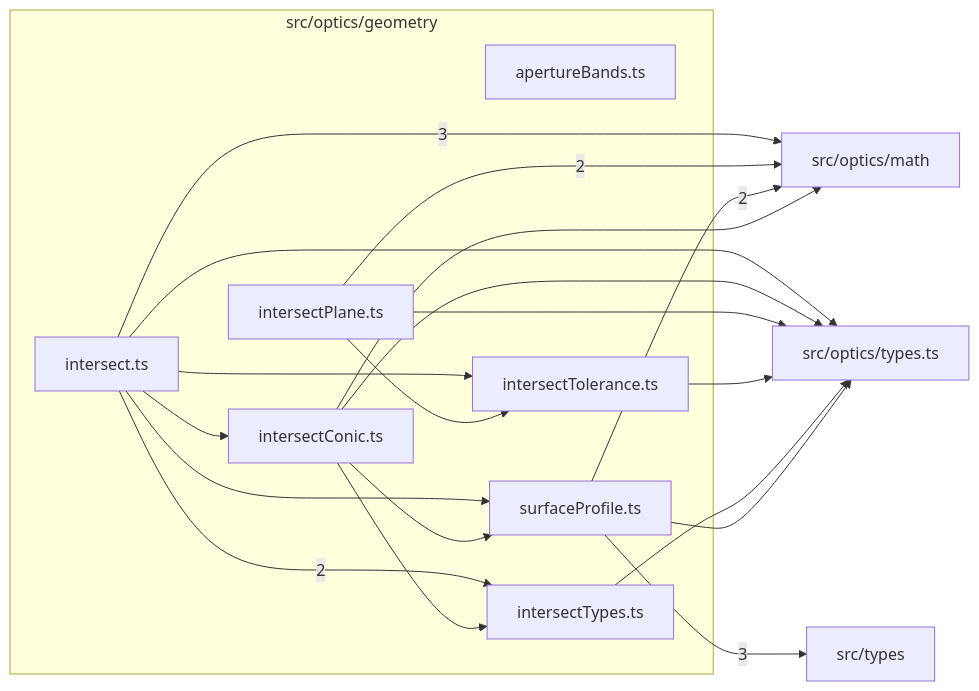
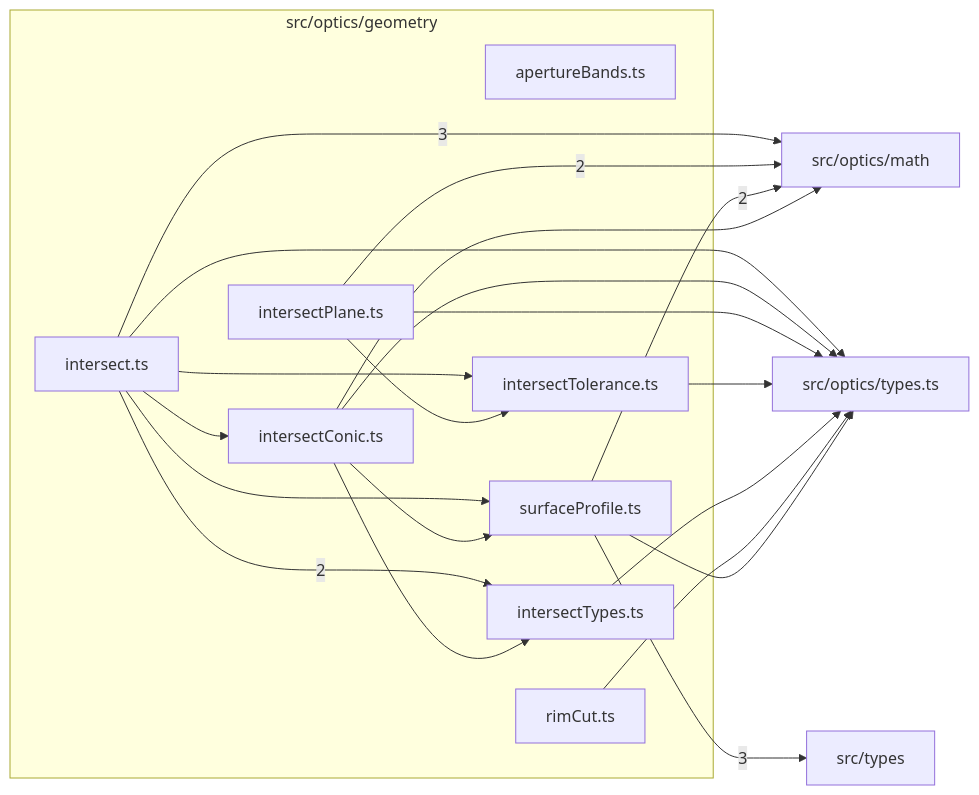
Before and after one commit to ronbuening/LensVisualizer: the diagram in src/optics/geometry/readme.md, drawn with Mermaid. The commit also changed other lines of this file and 13 other files, not shown here.

````diff
--- a/src/optics/geometry/readme.md
+++ b/src/optics/geometry/readme.md
@@ -9,33 +9,35 @@
 ```mermaid
 flowchart LR
   subgraph n_src_optics_geometry["src/optics/geometry"]
     n_src_optics_geometry_src_optics_geometry_apertureBands_ts["apertureBands.ts"]
     n_src_optics_geometry_src_optics_geometry_intersect_ts["intersect.ts"]
     n_src_optics_geometry_src_optics_geometry_intersectConic_ts["intersectConic.ts"]
     n_src_optics_geometry_src_optics_geometry_intersectPlane_ts["intersectPlane.ts"]
     n_src_optics_geometry_src_optics_geometry_intersectTolerance_ts["intersectTolerance.ts"]
     n_src_optics_geometry_src_optics_geometry_intersectTypes_ts["intersectTypes.ts"]
+    n_src_optics_geometry_src_optics_geometry_rimCut_ts["rimCut.ts"]
     n_src_optics_geometry_src_optics_geometry_surfaceProfile_ts["surfaceProfile.ts"]
   end
   n_external_src_optics_math["src/optics/math"]
   n_external_src_types["src/types"]
   n_external_src_optics_types_ts["src/optics/types.ts"]
   n_src_optics_geometry_src_optics_geometry_intersect_ts --> |3| n_external_src_optics_math
   n_src_optics_geometry_src_optics_geometry_surfaceProfile_ts --> |3| n_external_src_types
   n_src_optics_geometry_src_optics_geometry_intersectPlane_ts --> |2| n_external_src_optics_math
   n_src_optics_geometry_src_optics_geometry_surfaceProfile_ts --> |2| n_external_src_optics_math
   n_src_optics_geometry_src_optics_geometry_intersect_ts --> |2| n_src_optics_geometry_src_optics_geometry_intersectTypes_ts
   n_src_optics_geometry_src_optics_geometry_intersectConic_ts --> n_external_src_optics_math
   n_src_optics_geometry_src_optics_geometry_intersect_ts --> n_external_src_optics_types_ts
   n_src_optics_geometry_src_optics_geometry_intersectConic_ts --> n_external_src_optics_types_ts
   n_src_optics_geometry_src_optics_geometry_intersectPlane_ts --> n_external_src_optics_types_ts
   n_src_optics_geometry_src_optics_geometry_intersectTolerance_ts --> n_external_src_optics_types_ts
   n_src_optics_geometry_src_optics_geometry_intersectTypes_ts --> n_external_src_optics_types_ts
+  n_src_optics_geometry_src_optics_geometry_rimCut_ts --> n_external_src_optics_types_ts
   n_src_optics_geometry_src_optics_geometry_surfaceProfile_ts --> n_external_src_optics_types_ts
   n_src_optics_geometry_src_optics_geometry_intersect_ts --> n_src_optics_geometry_src_optics_geometry_intersectConic_ts
   n_src_optics_geometry_src_optics_geometry_intersect_ts --> n_src_optics_geometry_src_optics_geometry_intersectTolerance_ts
   n_src_optics_geometry_src_optics_geometry_intersectPlane_ts --> n_src_optics_geometry_src_optics_geometry_intersectTolerance_ts
   n_src_optics_geometry_src_optics_geometry_intersectConic_ts --> n_src_optics_geometry_src_optics_geometry_intersectTypes_ts
   n_src_optics_geometry_src_optics_geometry_intersect_ts --> n_src_optics_geometry_src_optics_geometry_surfaceProfile_ts
   n_src_optics_geometry_src_optics_geometry_intersectConic_ts --> n_src_optics_geometry_src_optics_geometry_surfaceProfile_ts
 ```
````
